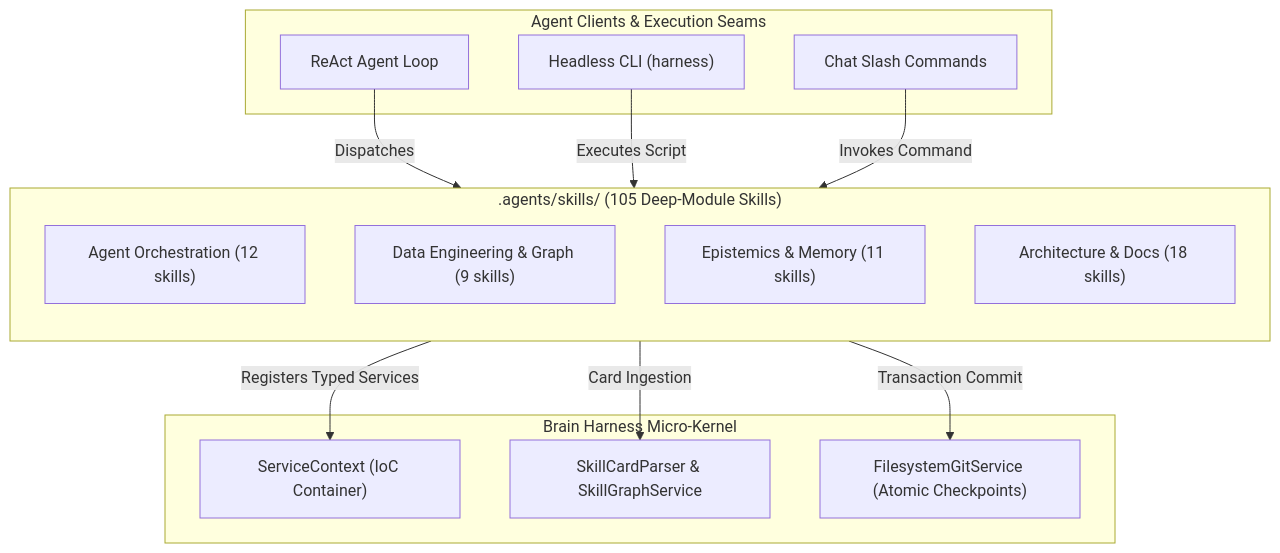
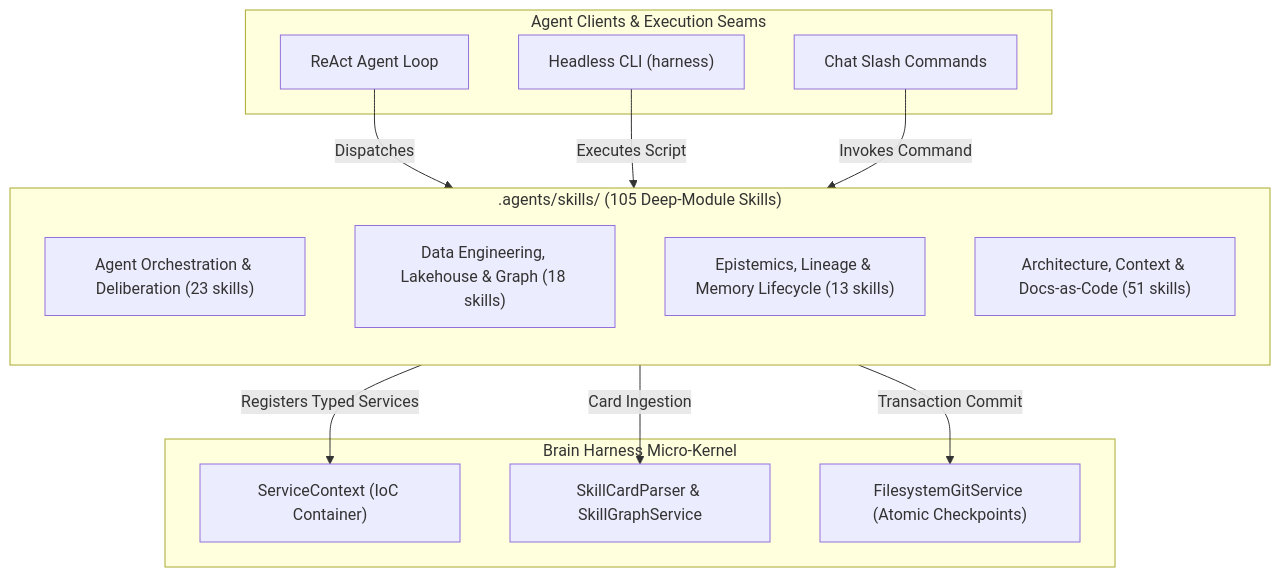
Before and after one commit to SpectreDeath/Brain-Harness: the diagram in .agents/skills/README.md, drawn with Mermaid. The commit also changed 14 other files, not shown here.

````diff
--- a/.agents/skills/README.md
+++ b/.agents/skills/README.md
@@ -23,29 +23,29 @@
 ```mermaid
 flowchart TD
     subgraph Clients["Agent Clients &amp; Execution Seams"]
         A1["ReAct Agent Loop"]
         A2["Headless CLI (harness)"]
         A3["Chat Slash Commands"]
     end
 
     subgraph SkillsCatalog[".agents/skills/ (105 Deep-Module Skills)"]
         direction TB
-        D1["Agent Orchestration (12 skills)"]
-        D2["Data Engineering &amp; Graph (9 skills)"]
-        D3["Epistemics &amp; Memory (11 skills)"]
-        D4["Architecture &amp; Docs (18 skills)"]
+        D1["Agent Orchestration &amp; Deliberation (23 skills)"]
+        D2["Data Engineering, Lakehouse &amp; Graph (18 skills)"]
+        D3["Epistemics, Lineage &amp; Memory Lifecycle (13 skills)"]
+        D4["Architecture, Context &amp; Docs-as-Code (51 skills)"]
     end
 
     subgraph MicroKernel["Brain Harness Micro-Kernel"]
         K1["ServiceContext (IoC Container)"]
         K2["SkillCardParser &amp; SkillGraphService"]
         K3["FilesystemGitService (Atomic Checkpoints)"]
     end
 
     A1 -->|Dispatches| SkillsCatalog
     A2 -->|Executes Script| SkillsCatalog
     A3 -->|Invokes Command| SkillsCatalog
     SkillsCatalog -->|Registers Typed Services| K1
     SkillsCatalog -->|Card Ingestion| K2
     SkillsCatalog -->|Transaction Commit| K3
 ```
````
